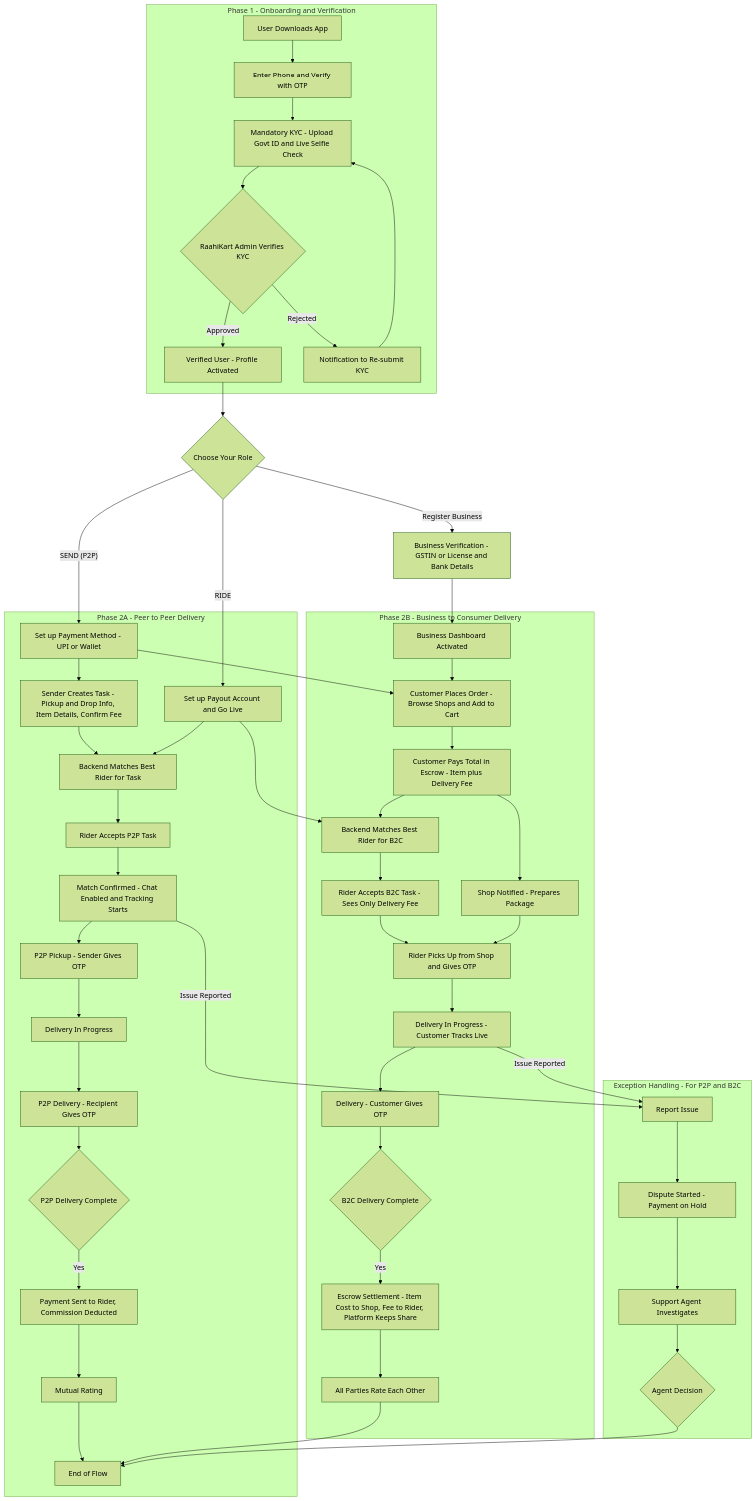
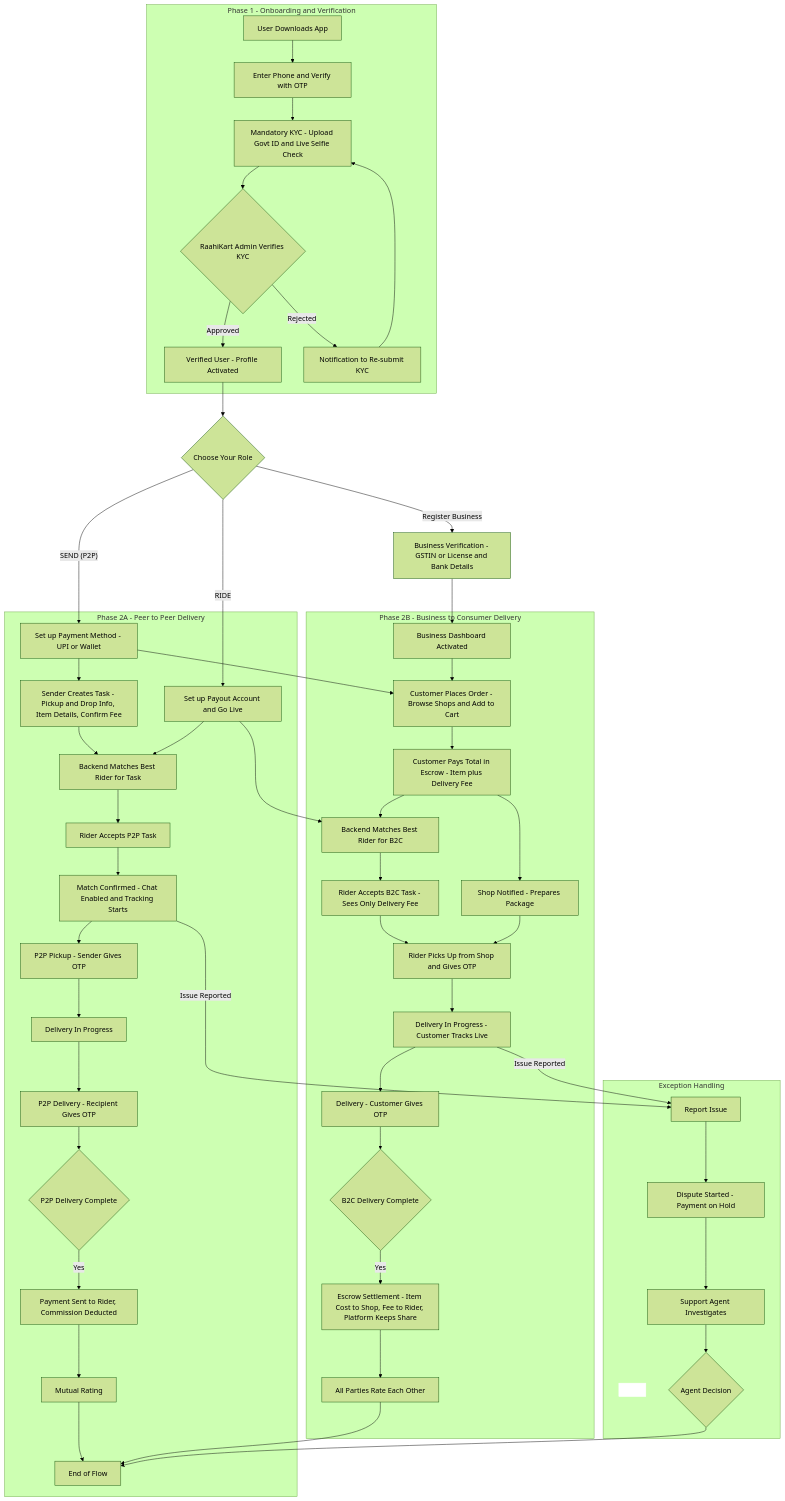
Before and after one commit to Disha-01-alt/RaahiKart: the diagram in README.md, drawn with Mermaid (forest theme).

````diff
--- a/README.md
+++ b/README.md
@@ -2,60 +2,62 @@
 ```mermaid
 graph TD
     subgraph "Phase 1 - Onboarding and Verification"
         A[User Downloads App] --> B[Enter Phone and Verify with OTP]
         B --> C[Mandatory KYC - Upload Govt ID and Live Selfie Check]
         C --> D{RaahiKart Admin Verifies KYC}
         D -- Approved --> E[Verified User - Profile Activated]
         D -- Rejected --> F[Notification to Re-submit KYC]
         F --> C
     end
 
     E --> G{Choose Your Role}
     G -- SEND (P2P) --> H[Set up Payment Method - UPI or Wallet]
     G -- RIDE --> I[Set up Payout Account and Go Live]
     G -- Register Business --> J_BUS[Business Verification - GSTIN or License and Bank Details]
     J_BUS --> K_BUS[Business Dashboard Activated]
 
     subgraph "Phase 2A - Peer to Peer Delivery"
         H --> J[Sender Creates Task - Pickup and Drop Info, Item Details, Confirm Fee]
         J --> K[Backend Matches Best Rider for Task]
         I --> K
         K --> L[Rider Accepts P2P Task]
         L --> M[Match Confirmed - Chat Enabled and Tracking Starts]
         M --> N[P2P Pickup - Sender Gives OTP]
         N --> Q[Delivery In Progress]
         Q --> R[P2P Delivery - Recipient Gives OTP]
         R --> T{P2P Delivery Complete}
         T -- Yes --> V[Payment Sent to Rider, Commission Deducted]
         V --> W[Mutual Rating]
         W --> X[End of Flow]
     end
 
     subgraph "Phase 2B - Business to Consumer Delivery"
         H --> B1[Customer Places Order - Browse Shops and Add to Cart]
         K_BUS --> B1
         B1 --> B2[Customer Pays Total in Escrow - Item plus Delivery Fee]
         B2 --> B3[Shop Notified - Prepares Package]
         B2 --> B4[Backend Matches Best Rider for B2C]
         I --> B4
         B4 --> B5[Rider Accepts B2C Task - Sees Only Delivery Fee]
         B5 --> B6[Rider Picks Up from Shop and Gives OTP]
         B3 --> B6
         B6 --> B7[Delivery In Progress - Customer Tracks Live]
         B7 --> B8[Delivery - Customer Gives OTP]
         B8 --> B9{B2C Delivery Complete}
         B9 -- Yes --> B10[Escrow Settlement - Item Cost to Shop, Fee to Rider, Platform Keeps Share]
         B10 --> B11[All Parties Rate Each Other]
         B11 --> X
     end
 
-    subgraph "Exception Handling - For P2P and B2C"
+    subgraph "Exception Handling"
+        Z00[ ]:::invisible
+        style Z00 fill:#ffffff,stroke:#ffffff
         M -- Issue Reported --> Z[Report Issue]
         B7 -- Issue Reported --> Z
         Z --> ZA[Dispute Started - Payment on Hold]
         ZA --> ZB[Support Agent Investigates]
         ZB --> ZC{Agent Decision}
         ZC --> X
     end
 
 ```
````
